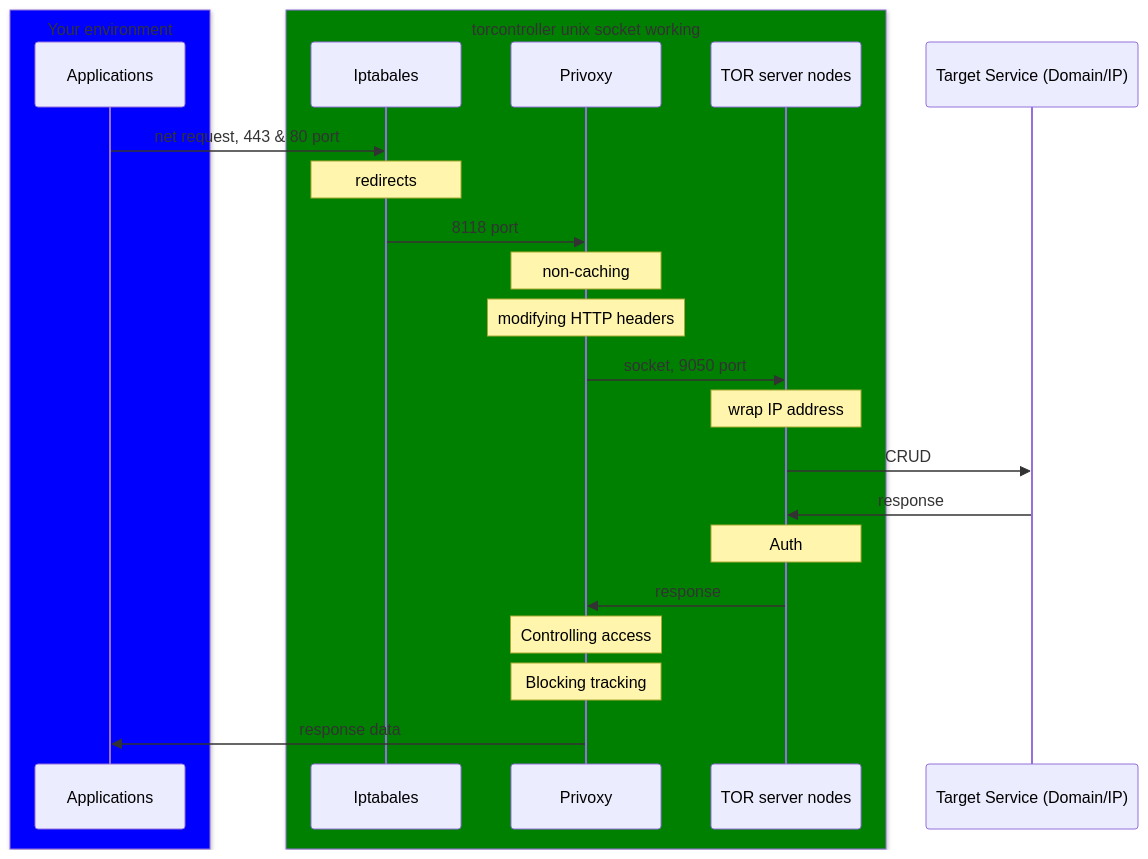
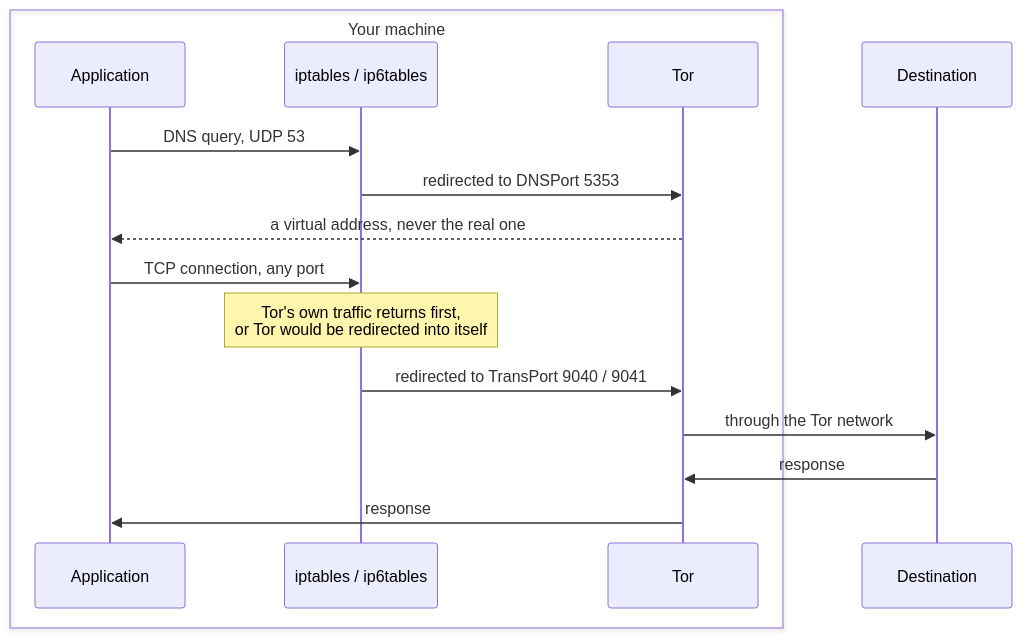
One commit to tn00869679/torcontroller changed the diagram in README.md. Above: the diagram before and after it, drawn with Mermaid. The commit also changed other lines of this file and 1 other file, not shown here.

````diff
--- a/README.md
+++ b/README.md
@@ -88,28 +90,19 @@
 ```mermaid
 sequenceDiagram
-%% Declaration
-    box blue Your environment
-    participant usr as Applications
+    box Your machine
+    participant app as Application
+    participant fw as iptables / ip6tables
+    participant tor as Tor
     end
-    box green torcontroller unix socket working
-    participant ipt as Iptabales
-    participant pv as Privoxy
-    participant tor as TOR server nodes
-    end
-    participant tg as Target Service (Domain/IP)
-%% Relation
-    usr->>ipt: net request, 443 & 80 port
-    Note over ipt: redirects
-    ipt->>pv: 8118 port
-    Note over pv: non-caching
-    Note over pv: modifying HTTP headers
-    pv->>tor: socket, 9050 port
-    Note over tor: wrap IP address
-    tor->>tg: CRUD
-    tg->>tor: response
-    Note over tor: Auth
-    tor->>pv: response
-    Note over pv: Controlling access
-    Note over pv: Blocking tracking
-    pv->>usr: response data
+    participant dst as Destination
+
+    app->>fw: DNS query, UDP 53
+    fw->>tor: redirected to DNSPort 5353
+    tor-->>app: a virtual address, never the real one
+    app->>fw: TCP connection, any port
+    Note over fw: Tor's own traffic returns first,<br/>or Tor would be redirected into itself
+    fw->>tor: redirected to TransPort 9040 / 9041
+    tor->>dst: through the Tor network
+    dst->>tor: response
+    tor->>app: response
 ```
````
